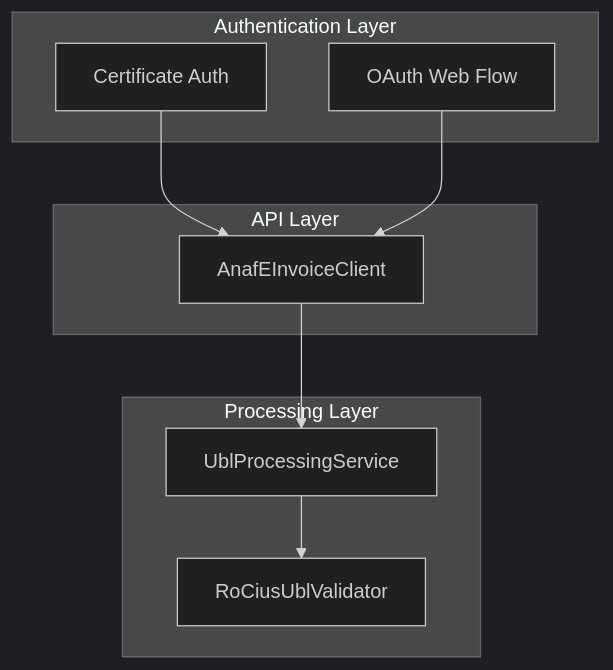
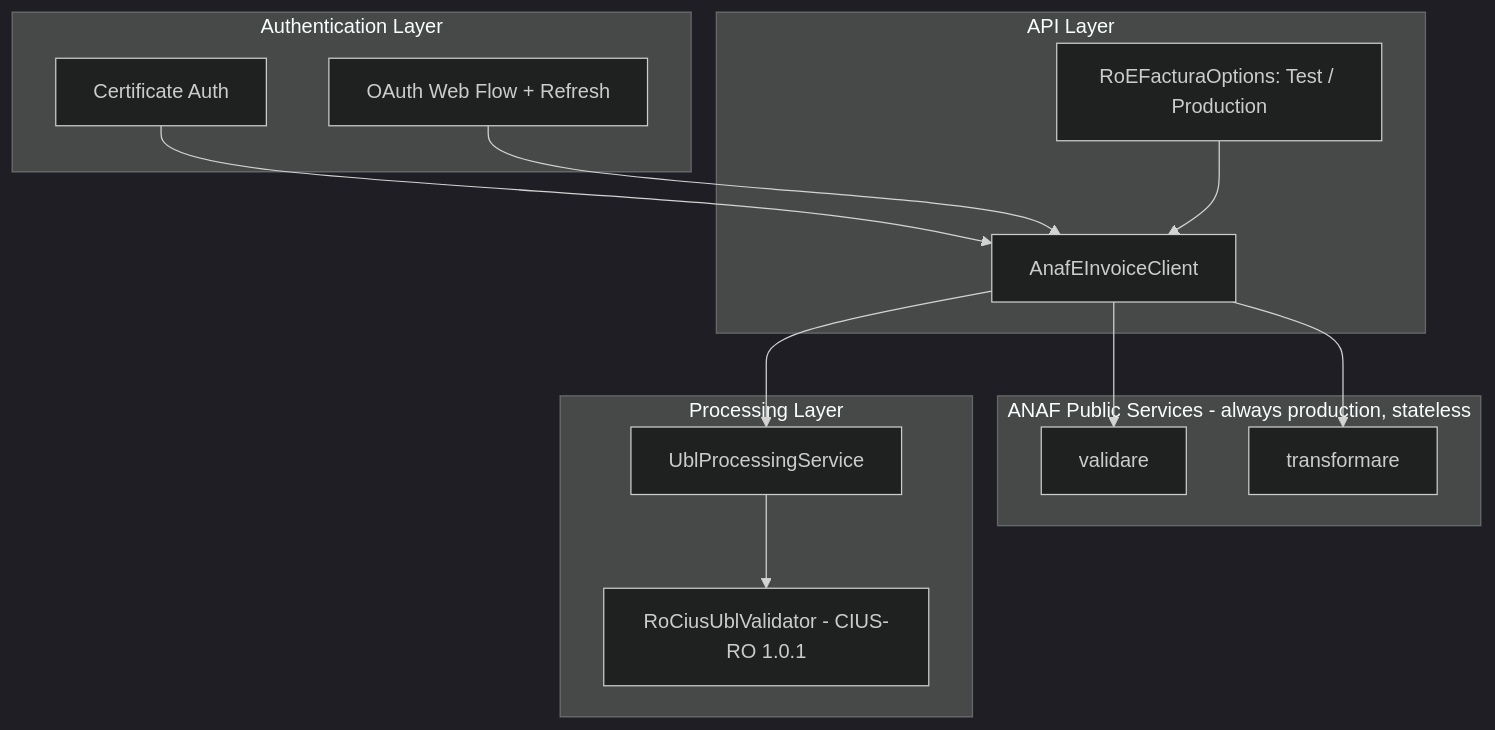
The diagram in README.md (Rammer-Tech/ro-efactura), drawn with Mermaid (dark theme) before and after one commit. The commit also changed other lines of this file and 92 other files, not shown here.

First line of the commit message:
RoEFactura 2.0: official ANAF e-Factura contract, TEST default, status, refresh (MTX-130) (#10)

````diff
--- a/README.md
+++ b/README.md
@@ -276,21 +472,30 @@
 ```mermaid
 flowchart TB
     subgraph Authentication [Authentication Layer]
         cert[Certificate Auth]
-        oauth[OAuth Web Flow]
+        oauth[OAuth Web Flow + Refresh]
     end
 
     subgraph API [API Layer]
         client[AnafEInvoiceClient]
+        env[RoEFacturaOptions: Test / Production]
+    end
+
+    subgraph Public [ANAF Public Services - always production, stateless]
+        validate[validare]
+        pdf[transformare]
     end
 
     subgraph Processing [Processing Layer]
         ubl[UblProcessingService]
-        valid[RoCiusUblValidator]
+        valid[RoCiusUblValidator - CIUS-RO 1.0.1]
     end
 
     cert --> client
     oauth --> client
+    env --> client
     client --> ubl
+    client --> validate
+    client --> pdf
     ubl --> valid
 ```
````
